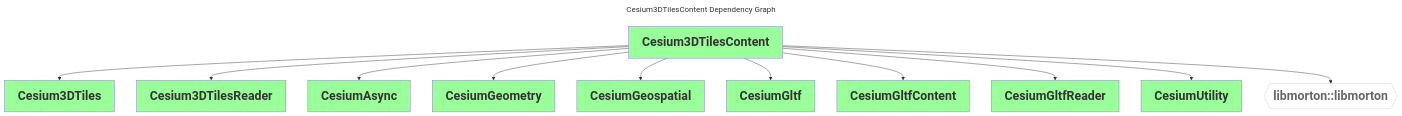
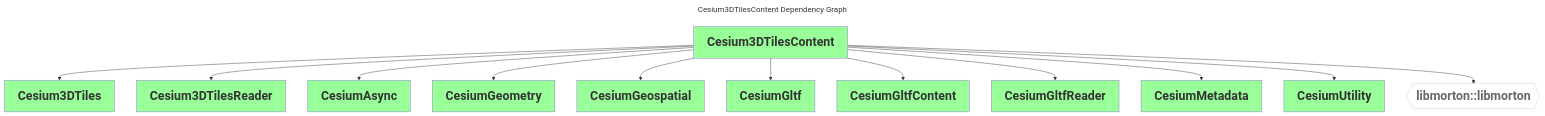
One commit to CesiumGS/cesium-native changed the diagram in doc/diagrams/dependencies/Cesium3DTilesContent.mmd. Above: the diagram before and after it, drawn with Mermaid. The commit also changed 13 other files, not shown here.

```diff
--- a/doc/diagrams/dependencies/Cesium3DTilesContent.mmd
+++ b/doc/diagrams/dependencies/Cesium3DTilesContent.mmd
@@ -1,20 +1,21 @@
 ---
 comment: This file was generated by dep-graph-gen. DO NOT EDIT THIS FILE!
 
 title: Cesium3DTilesContent Dependency Graph
 ---
 graph TD
   classDef dependencyNode fill:#fff,stroke:#ccc,color:#666,font-weight:bold,font-size:28px
   classDef libraryNode fill:#9f9,font-weight:bold,font-size:28px
   Cesium3DTilesContent[Cesium3DTilesContent] --> Cesium3DTiles[Cesium3DTiles]
   Cesium3DTilesContent[Cesium3DTilesContent] --> Cesium3DTilesReader[Cesium3DTilesReader]
   Cesium3DTilesContent[Cesium3DTilesContent] --> CesiumAsync[CesiumAsync]
   Cesium3DTilesContent[Cesium3DTilesContent] --> CesiumGeometry[CesiumGeometry]
   Cesium3DTilesContent[Cesium3DTilesContent] --> CesiumGeospatial[CesiumGeospatial]
   Cesium3DTilesContent[Cesium3DTilesContent] --> CesiumGltf[CesiumGltf]
   Cesium3DTilesContent[Cesium3DTilesContent] --> CesiumGltfContent[CesiumGltfContent]
   Cesium3DTilesContent[Cesium3DTilesContent] --> CesiumGltfReader[CesiumGltfReader]
+  Cesium3DTilesContent[Cesium3DTilesContent] --> CesiumMetadata[CesiumMetadata]
   Cesium3DTilesContent[Cesium3DTilesContent] --> CesiumUtility[CesiumUtility]
   Cesium3DTilesContent[Cesium3DTilesContent] --> libmorton_libmorton{{libmorton::libmorton}}
   class libmorton_libmorton dependencyNode
-  class Cesium3DTiles,Cesium3DTilesReader,CesiumAsync,CesiumGeometry,CesiumGeospatial,CesiumGltf,CesiumGltfContent,CesiumGltfReader,CesiumUtility,Cesium3DTilesContent libraryNode
+  class Cesium3DTiles,Cesium3DTilesReader,CesiumAsync,CesiumGeometry,CesiumGeospatial,CesiumGltf,CesiumGltfContent,CesiumGltfReader,CesiumMetadata,CesiumUtility,Cesium3DTilesContent libraryNode
```
